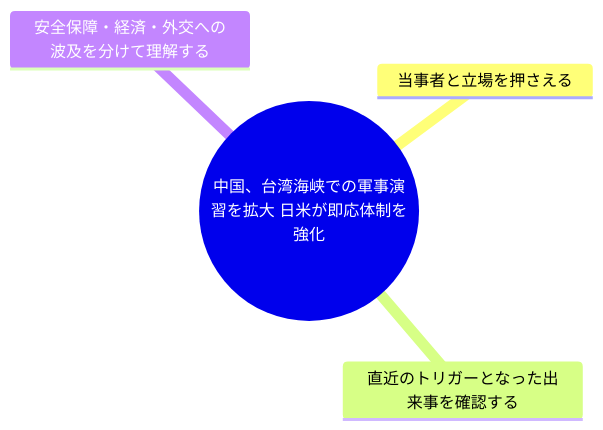
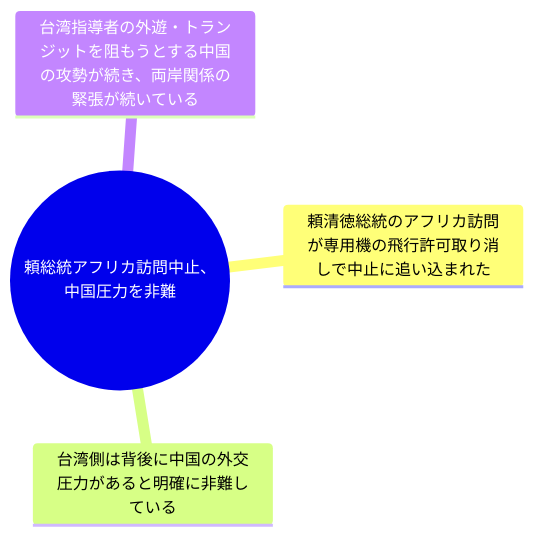
Diagram 15 of 25 in docs/reports/2026-04-22.md (YUUUyutaro/tiseigaku), drawn with Mermaid before and after one commit. The commit also changed other lines of this file and 3 other files, not shown here.

````diff
--- a/docs/reports/2026-04-22.md
+++ b/docs/reports/2026-04-22.md
@@ -180,7 +275,7 @@
 ```mermaid
 mindmap
-  root((中国、台湾海峡での軍事演習を拡大 日米が即応体制を強化))
-    当事者と立場を押さえる
-    直近のトリガーとなった出来事を確認する
-    安全保障・経済・外交への波及を分けて理解する
+  root((頼総統アフリカ訪問中止、中国圧力を非難))
+    頼清徳総統のアフリカ訪問が専用機の飛行許可取り消しで中止に追い込まれた
+    台湾側は背後に中国の外交圧力があると明確に非難している
+    台湾指導者の外遊・トランジットを阻もうとする中国の攻勢が続き、両岸関係の緊張が続いている
 ```
````
